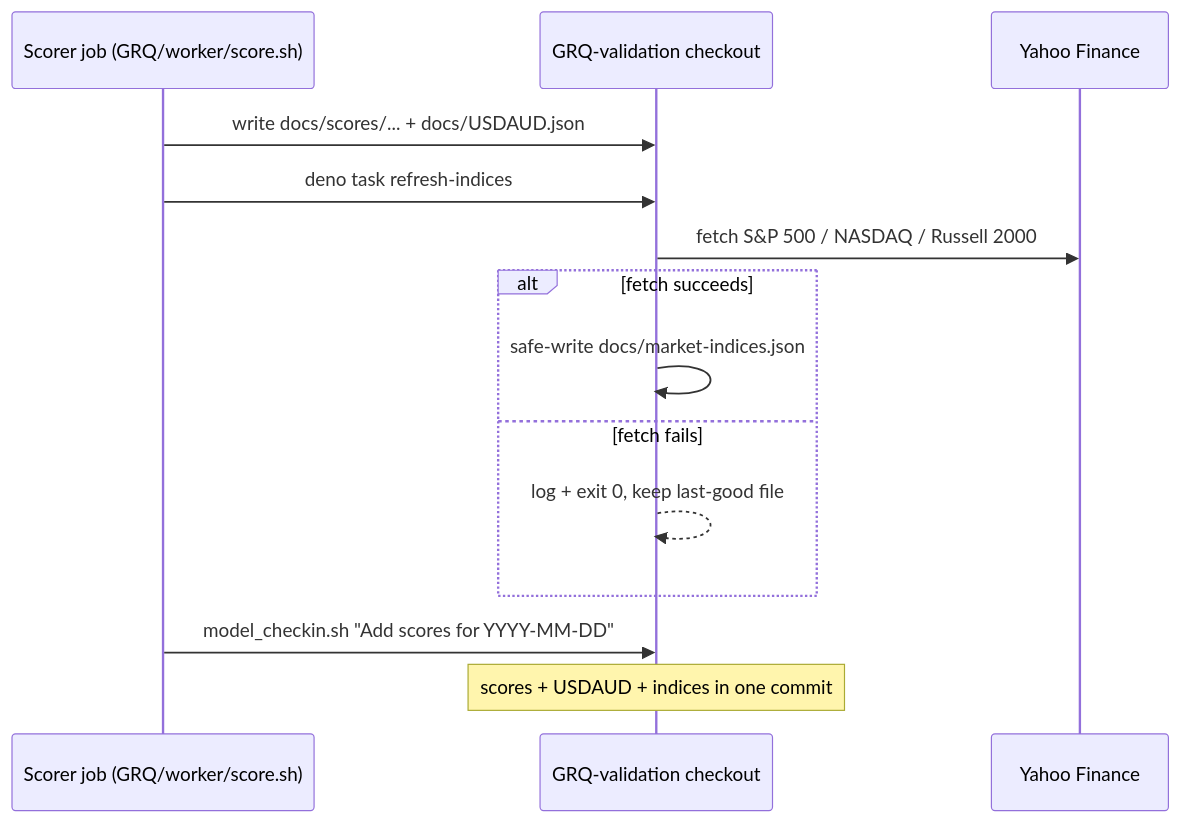
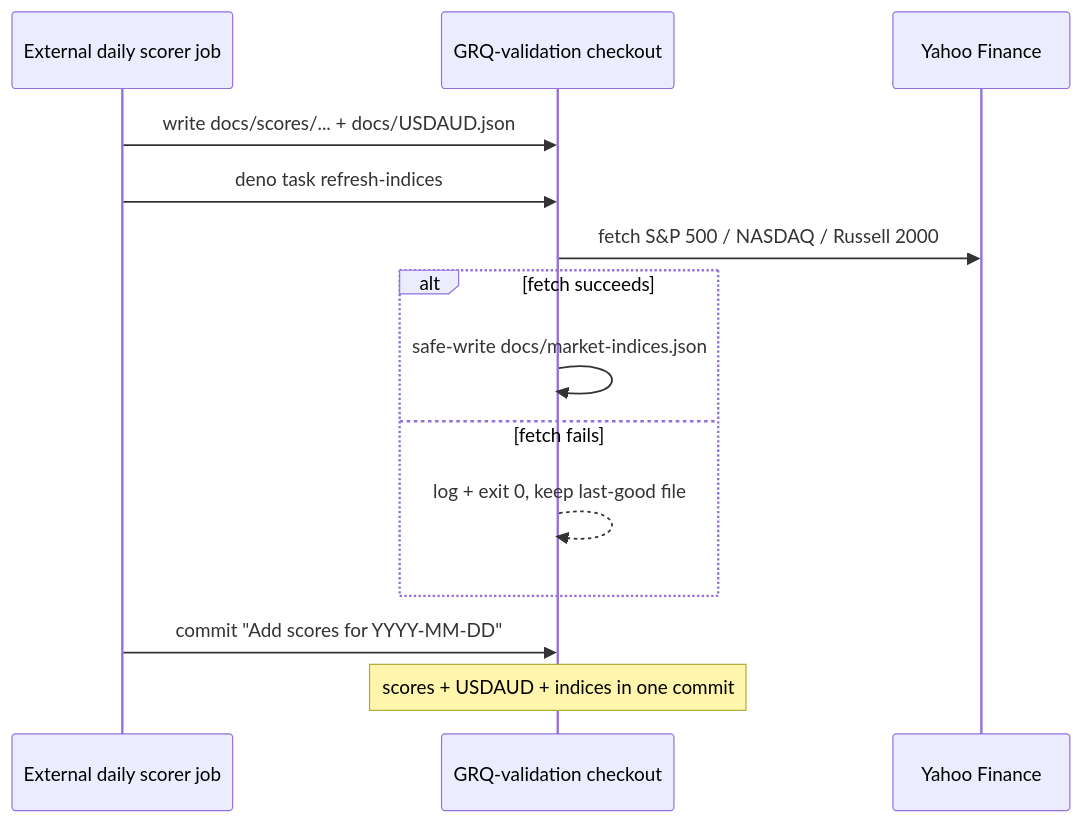
Before and after one commit to stSoftwareAU/GRQ-validation: the second of 10 diagrams in README.md, drawn with Mermaid. The commit also changed other lines of this file and 3 other files, not shown here.

First line of the commit message:
Reword private scorer-job references to concept level (Issue #781)

````diff
--- a/README.md
+++ b/README.md
@@ -142,16 +142,16 @@
 ```mermaid
 sequenceDiagram
-    participant Scorer as Scorer job (GRQ/worker/score.sh)
+    participant Scorer as External daily scorer job
     participant Repo as GRQ-validation checkout
     participant Yahoo as Yahoo Finance
     Scorer->>Repo: write docs/scores/... + docs/USDAUD.json
     Scorer->>Repo: deno task refresh-indices
     Repo->>Yahoo: fetch S&P 500 / NASDAQ / Russell 2000
     alt fetch succeeds
         Repo->>Repo: safe-write docs/market-indices.json
     else fetch fails
         Repo-->>Repo: log + exit 0, keep last-good file
     end
-    Scorer->>Repo: model_checkin.sh "Add scores for YYYY-MM-DD"
+    Scorer->>Repo: commit "Add scores for YYYY-MM-DD"
     Note over Repo: scores + USDAUD + indices in one commit
 ```
````
